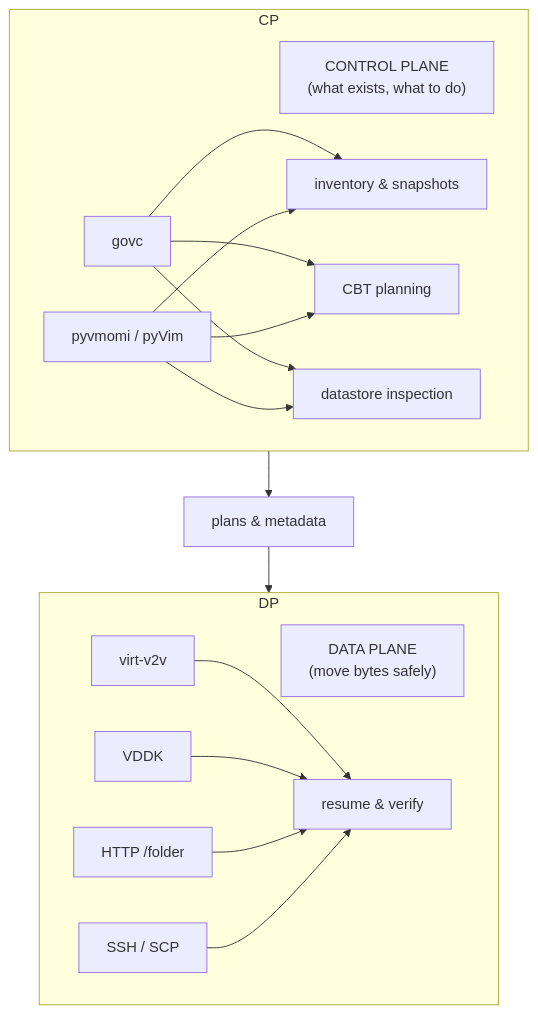
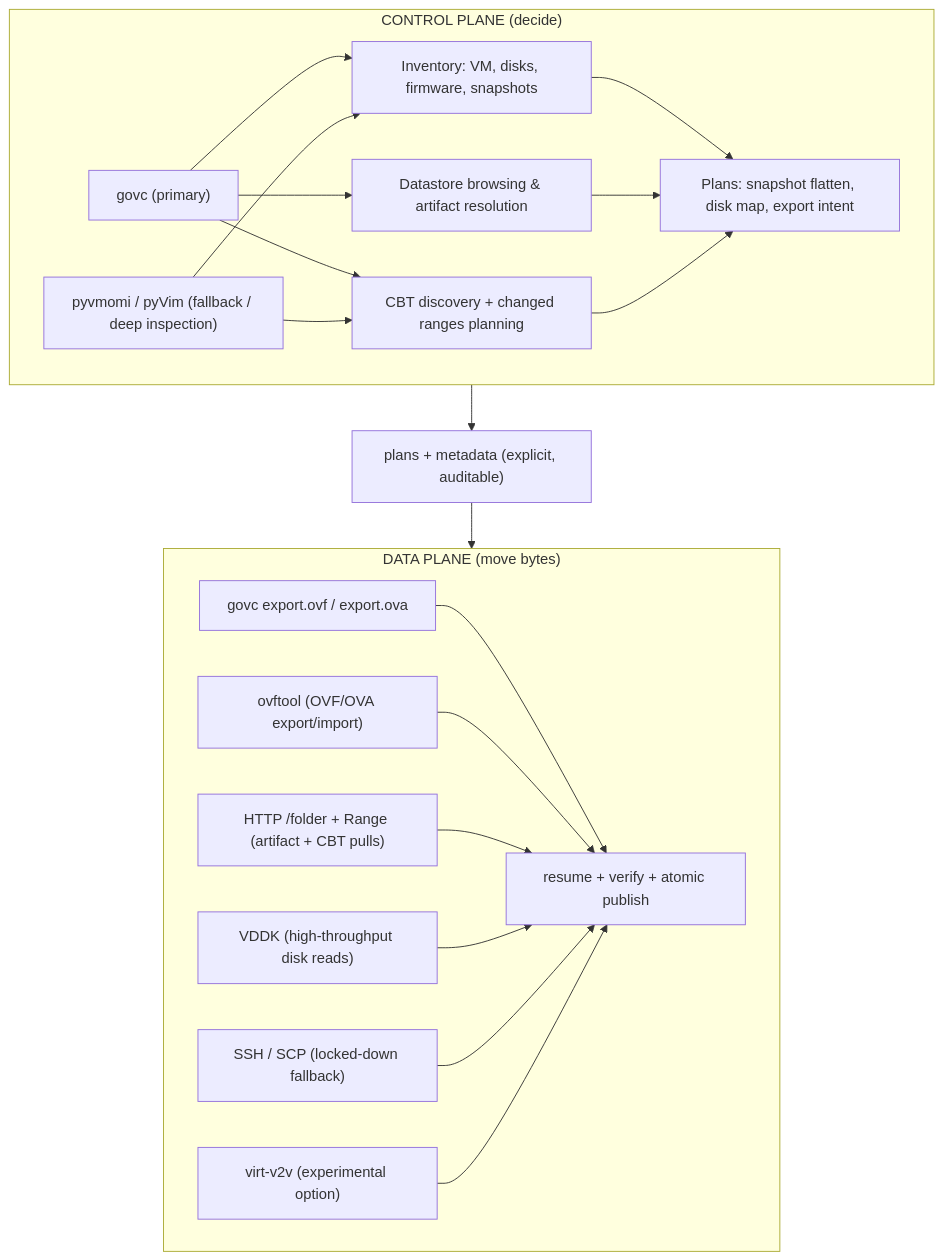
One commit to ssahani/hyper2kvm changed the diagram in README.md. Above: the diagram before and after it, drawn with Mermaid. The commit also changed other lines of this file, not shown here.

`````diff
--- a/README.md
+++ b/README.md
@@ -153,35 +160,41 @@
 ```mermaid
 flowchart TB
-  subgraph CP
-    CP_TITLE["CONTROL PLANE<br/>(what exists, what to do)"]
-    GOVC["govc"]
-    PYVM["pyvmomi / pyVim"]
-    INV["inventory & snapshots"]
-    CBT["CBT planning"]
-    DS["datastore inspection"]
+  subgraph CP["CONTROL PLANE (decide)"]
+    GOVC["govc (primary)"]
+    PYVM["pyvmomi / pyVim (fallback / deep inspection)"]
+    INV["Inventory: VM, disks, firmware, snapshots"]
+    PLAN["Plans: snapshot flatten, disk map, export intent"]
+    DS["Datastore browsing & artifact resolution"]
+    CBT["CBT discovery + changed ranges planning"]
 
     GOVC --> INV
+    GOVC --> DS
     GOVC --> CBT
-    GOVC --> DS
     PYVM --> INV
     PYVM --> CBT
-    PYVM --> DS
+    INV --> PLAN
+    DS --> PLAN
+    CBT --> PLAN
   end
 
-  META["plans & metadata"]
+  META["plans + metadata (explicit, auditable)"]
 
-  subgraph DP
-    DP_TITLE["DATA PLANE<br/>(move bytes safely)"]
-    V2V["virt-v2v"]
-    VDDK["VDDK"]
-    HTTP["HTTP /folder"]
-    SSH["SSH / SCP"]
-    RESUME["resume & verify"]
+  subgraph DP["DATA PLANE (move bytes)"]
+    GOVCEXP["govc export.ovf / export.ova"]
+    OVFTOOL["ovftool (OVF/OVA export/import)"]
+    HTTP["HTTP /folder + Range (artifact + CBT pulls)"]
+    VDDK["VDDK (high-throughput disk reads)"]
+    SSH["SSH / SCP (locked-down fallback)"]
+    V2V["virt-v2v (experimental option)"]
+    RESUME["resume + verify + atomic publish"]
   end
 
   CP --> META --> DP
+
+  GOVCEXP --> RESUME
+  OVFTOOL --> RESUME
+  HTTP --> RESUME
+  VDDK --> RESUME
+  SSH --> RESUME
   V2V --> RESUME
-  VDDK --> RESUME
-  HTTP --> RESUME
-  SSH --> RESUME
-```
+````
`````
